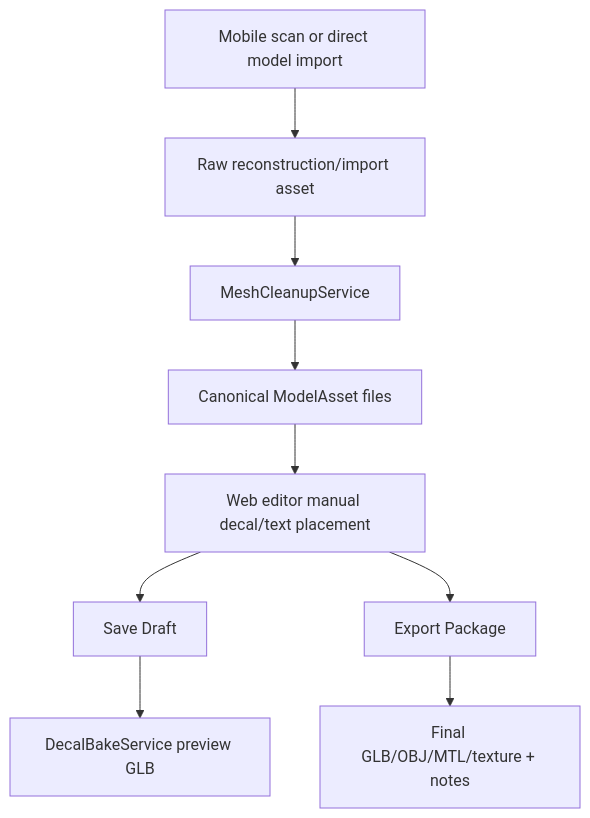
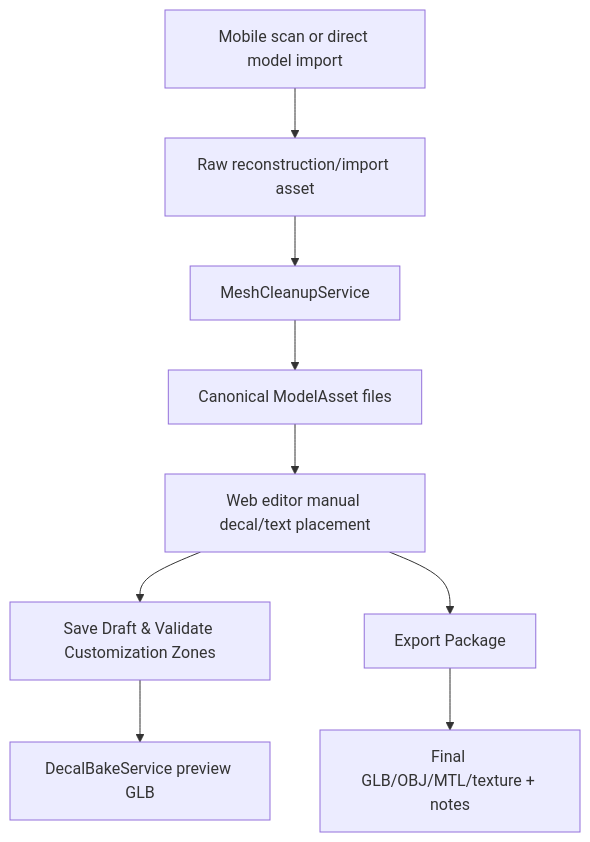
One commit to EXE-CAPSTONE-TEAM/ar-ai-exe changed the diagram in CONTEXT.md. Above: the diagram before and after it, drawn with Mermaid. The commit also changed other lines of this file and 1 other file, not shown here.

Commit message:
docs: update CONTEXT.md and README.md with latest architecture boundaries and developer guidelines

````diff
--- a/CONTEXT.md
+++ b/CONTEXT.md
@@ -17,11 +17,11 @@
 ```mermaid
 flowchart TD
     A["Mobile scan or direct model import"] --> B["Raw reconstruction/import asset"]
     B --> C["MeshCleanupService"]
     C --> D["Canonical ModelAsset files"]
     D --> E["Web editor manual decal/text placement"]
-    E --> F["Save Draft"]
+    E --> F["Save Draft & Validate Customization Zones"]
     F --> G["DecalBakeService preview GLB"]
     E --> H["Export Package"]
     H --> I["Final GLB/OBJ/MTL/texture + notes"]
 ```
````
